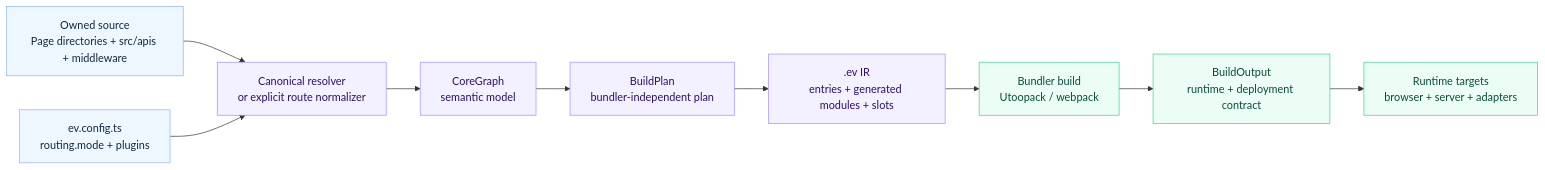
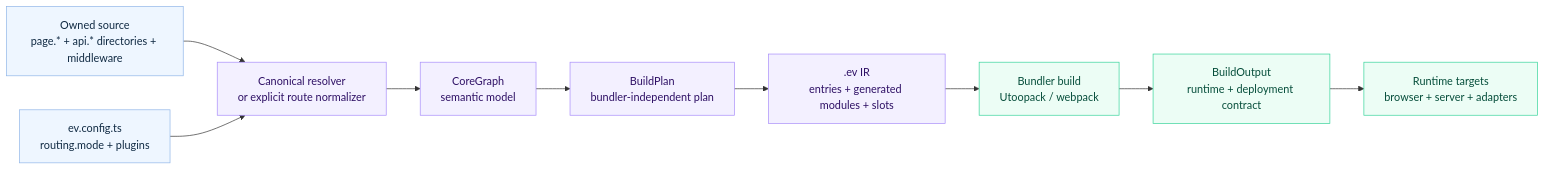
Before and after one commit to afx-team/evjs: the first of 4 diagrams in docs/docs/architecture.md, drawn with Mermaid. The commit also changed other lines of this file and 53 other files, not shown here.

````diff
--- a/docs/docs/architecture.md
+++ b/docs/docs/architecture.md
@@ -14,23 +15,23 @@
 ```mermaid
 flowchart LR
-  Source["Owned source\nPage directories + src/apis + middleware"]
+  Source["Owned source\npage.* + api.* directories + middleware"]
   Config["ev.config.ts\nrouting.mode + plugins"]
   Resolve["Canonical resolver\nor explicit route normalizer"]
   Core["CoreGraph\nsemantic model"]
   Plan["BuildPlan\nbundler-independent plan"]
   IR[".ev IR\nentries + generated modules + slots"]
   Build["Bundler build\nUtoopack / webpack"]
   Output["BuildOutput\nruntime + deployment contract"]
   Runtime["Runtime targets\nbrowser + server + adapters"]
 
   Source --> Resolve
   Config --> Resolve
   Resolve --> Core --> Plan --> IR --> Build --> Output --> Runtime
 
   classDef source fill:#eef6ff,stroke:#8fb5e8,color:#102a43;
   classDef model fill:#f3f0ff,stroke:#a78bfa,color:#2e1065;
   classDef build fill:#ecfdf5,stroke:#34d399,color:#064e3b;
   class Source,Config source;
   class Resolve,Core,Plan,IR model;
   class Build,Output,Runtime build;
 ```
````
